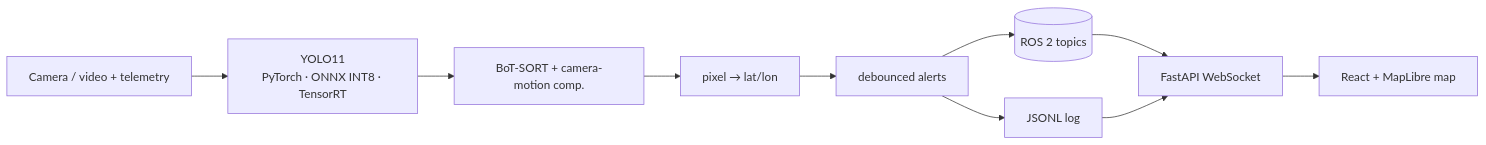
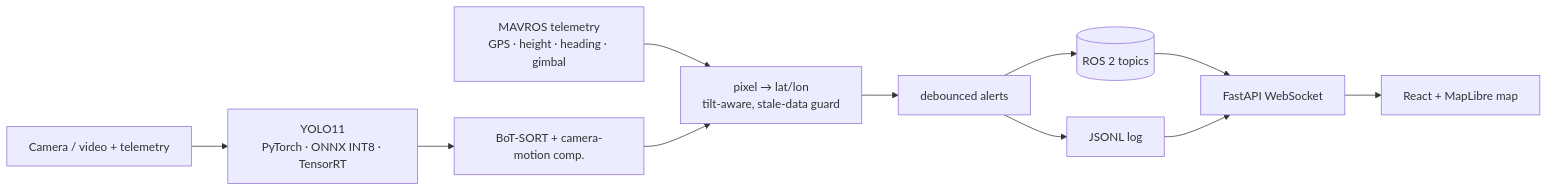
The diagram in README.md (mustafarkhan/edge-situational-awareness), drawn with Mermaid before and after one commit. The commit also changed other lines of this file and 44 other files, not shown here.

````diff
--- a/README.md
+++ b/README.md
@@ -268,12 +289,13 @@
 ```mermaid
 flowchart LR
     CAM[Camera / video + telemetry] --> DET[YOLO11<br/>PyTorch · ONNX INT8 · TensorRT]
     DET --> TRK[BoT-SORT + camera-motion comp.]
-    TRK --> GEO[pixel → lat/lon]
+    TEL[MAVROS telemetry<br/>GPS · height · heading · gimbal] --> GEO
+    TRK --> GEO[pixel → lat/lon<br/>tilt-aware, stale-data guard]
     GEO --> ALR[debounced alerts]
     ALR --> ROS[(ROS 2 topics)]
     ALR --> JSONL[JSONL log]
     ROS --> WS[FastAPI WebSocket]
     JSONL --> WS
     WS --> MAP[React + MapLibre map]
 ```
````
